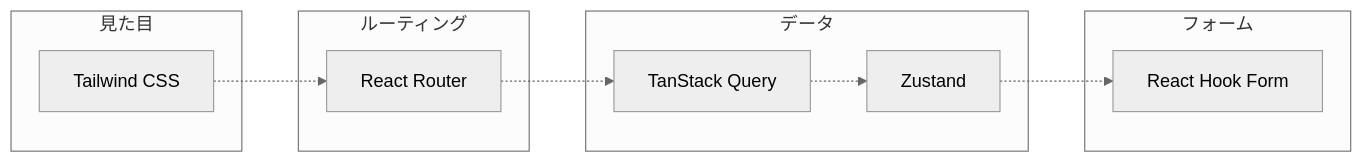
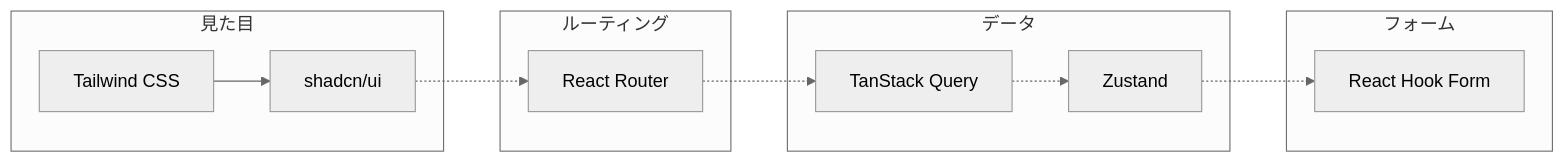
Before and after one commit to tsunosekai/typescript-class: the sixth of 17 diagrams in src/content/lessons/23.md, drawn with Mermaid (neutral theme). The commit also changed other lines of this file and 1 other file, not shown here.

First line of the commit message:
Update lesson 23: Add Claude Code, Git, shadcn/ui sections

````diff
--- a/src/content/lessons/23.md
+++ b/src/content/lessons/23.md
@@ -180,18 +302,20 @@
 ```mermaid
 flowchart LR
     subgraph Style["見た目"]
         T["Tailwind CSS"]
+        S["shadcn/ui"]
     end
     subgraph Route["ルーティング"]
         R["React Router"]
     end
     subgraph Data["データ"]
         Q["TanStack Query"]
         Z["Zustand"]
     end
     subgraph Form["フォーム"]
         F["React Hook Form"]
     end
 
-    T -.-> R -.-> Q -.-> Z -.-> F
+    T --> S
+    S -.-> R -.-> Q -.-> Z -.-> F
 ```
````
